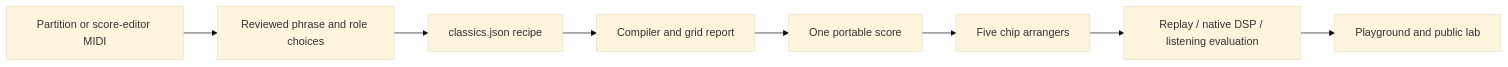
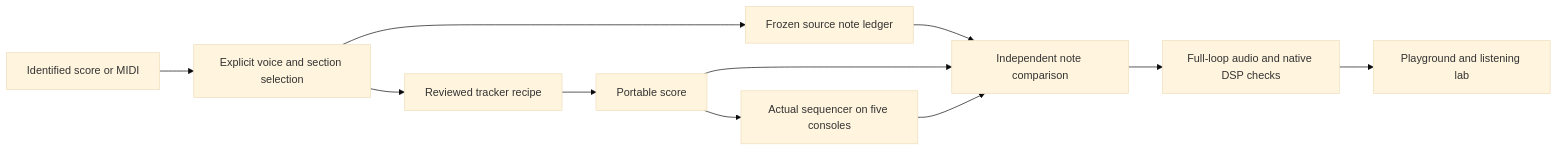
Before and after one commit to gwendall/chipvoice: the diagram in scores/README.md, drawn with Mermaid (base theme). The commit also changed other lines of this file and 165 other files, not shown here.

````diff
--- a/scores/README.md
+++ b/scores/README.md
@@ -22,10 +36,13 @@
 ```mermaid
 flowchart LR
-  A[Partition or score-editor MIDI] --> B[Reviewed phrase and role choices]
-  B --> C[classics.json recipe]
-  C --> D[Compiler and grid report]
-  D --> E[One portable score]
-  E --> F[Five chip arrangers]
-  F --> G[Replay / native DSP / listening evaluation]
-  G --> H[Playground and public lab]
+  A[Identified score or MIDI] --> B[Explicit voice and section selection]
+  B --> C[Frozen source note ledger]
+  B --> D[Reviewed tracker recipe]
+  D --> E[Portable score]
+  C --> F[Independent note comparison]
+  E --> F
+  E --> G[Actual sequencer on five consoles]
+  G --> F
+  F --> H[Full-loop audio and native DSP checks]
+  H --> I[Playground and listening lab]
 ```
````
